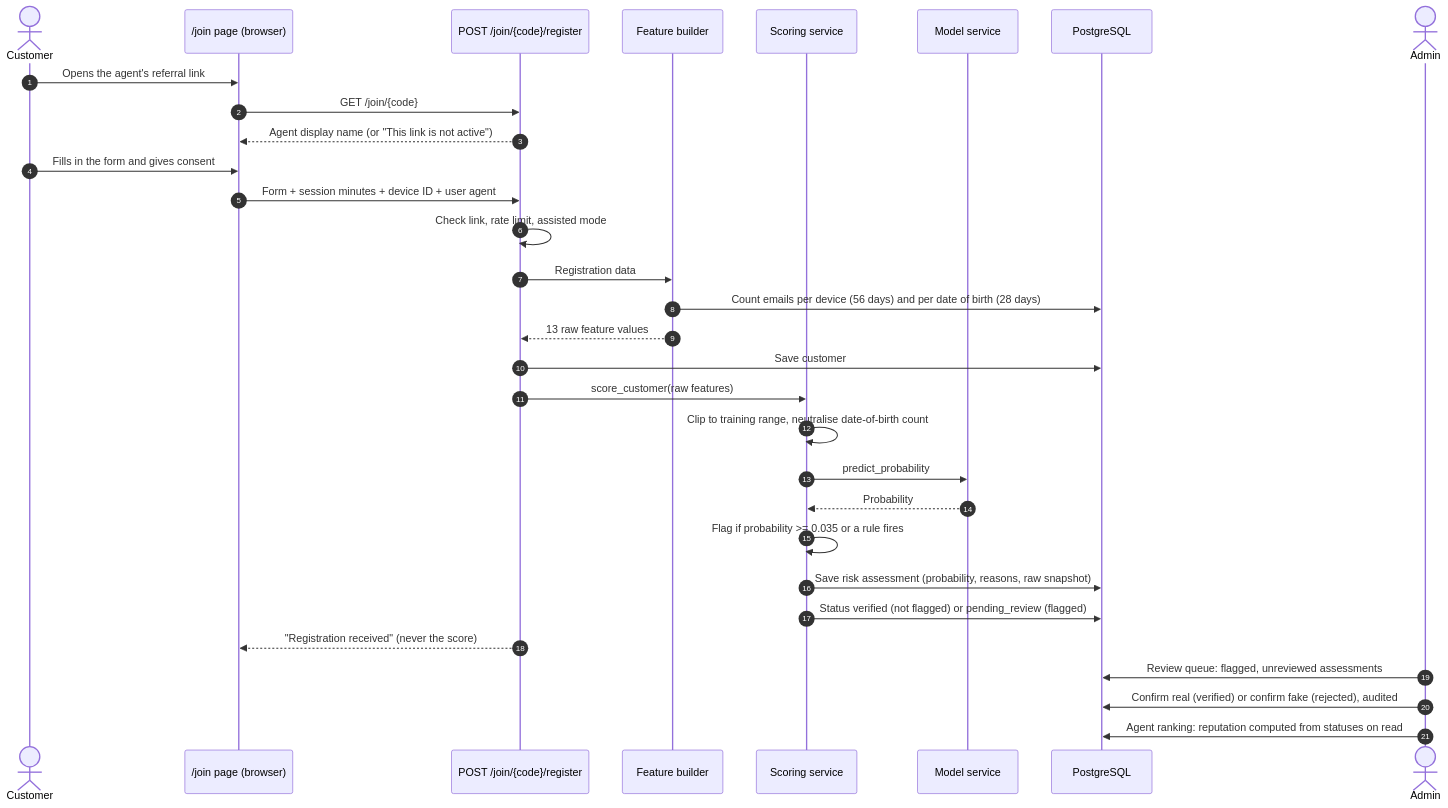
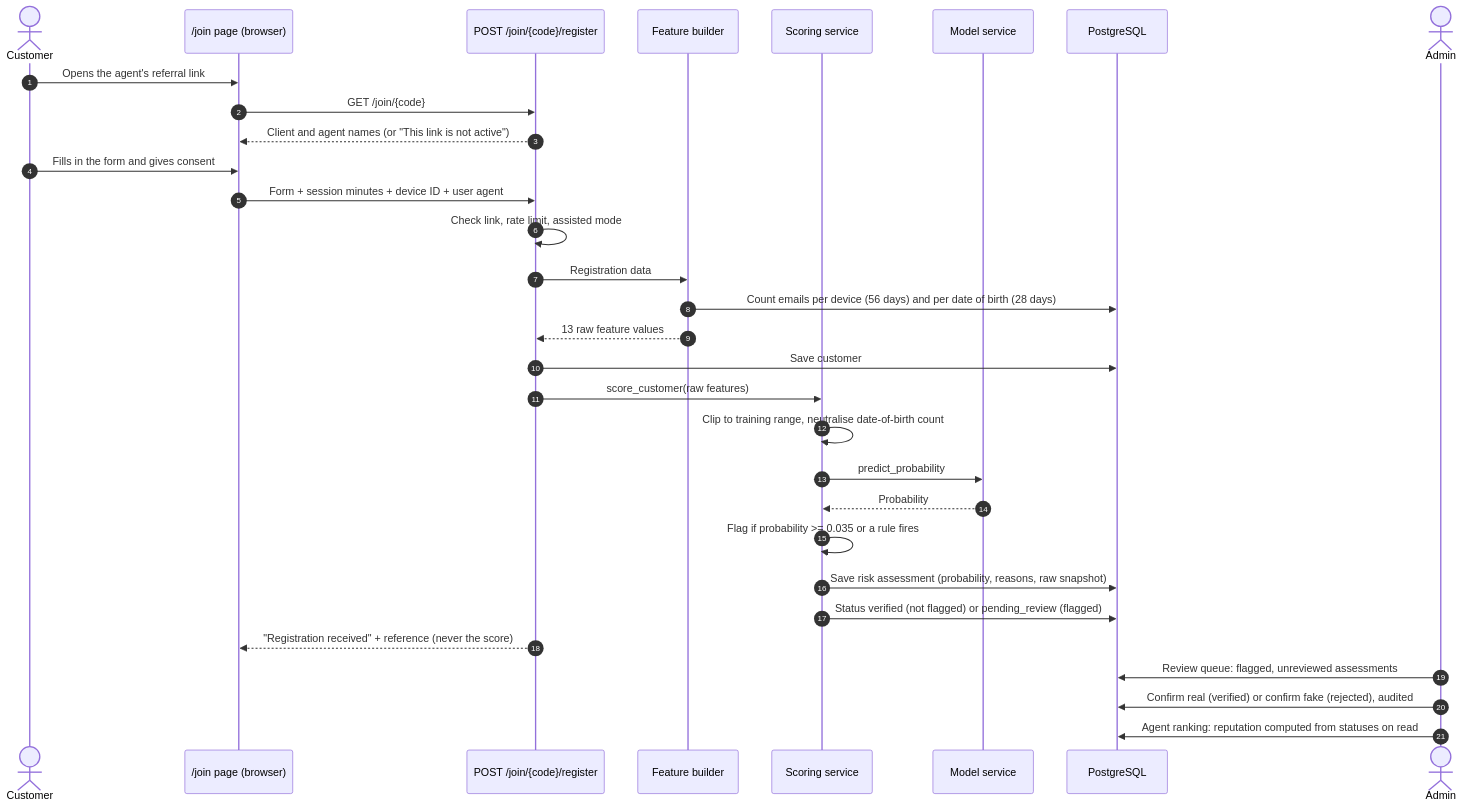
Before and after one commit to Myranyamwanda/Salesmesh: the second of 2 diagrams in docs/ml-integration.md, drawn with Mermaid. The commit also changed other lines of this file and 5 other files, not shown here.

Commit message:
docs: describe the registration pipeline, references, and client consent

````diff
--- a/docs/ml-integration.md
+++ b/docs/ml-integration.md
@@ -36,35 +36,35 @@
 ```mermaid
 sequenceDiagram
     autonumber
     actor C as Customer
     participant W as /join page (browser)
     participant J as POST /join/{code}/register
     participant F as Feature builder
     participant S as Scoring service
     participant M as Model service
     participant D as PostgreSQL
     actor A as Admin
 
     C->>W: Opens the agent's referral link
     W->>J: GET /join/{code}
-    J-->>W: Agent display name (or "This link is not active")
+    J-->>W: Client and agent names (or "This link is not active")
     C->>W: Fills in the form and gives consent
     W->>J: Form + session minutes + device ID + user agent
     J->>J: Check link, rate limit, assisted mode
     J->>F: Registration data
     F->>D: Count emails per device (56 days) and per date of birth (28 days)
     F-->>J: 13 raw feature values
     J->>D: Save customer
     J->>S: score_customer(raw features)
     S->>S: Clip to training range, neutralise date-of-birth count
     S->>M: predict_probability
     M-->>S: Probability
     S->>S: Flag if probability >= 0.035 or a rule fires
     S->>D: Save risk assessment (probability, reasons, raw snapshot)
     S->>D: Status verified (not flagged) or pending_review (flagged)
-    J-->>W: "Registration received" (never the score)
+    J-->>W: "Registration received" + reference (never the score)
 
     A->>D: Review queue: flagged, unreviewed assessments
     A->>D: Confirm real (verified) or confirm fake (rejected), audited
     A->>D: Agent ranking: reputation computed from statuses on read
 ```
````
